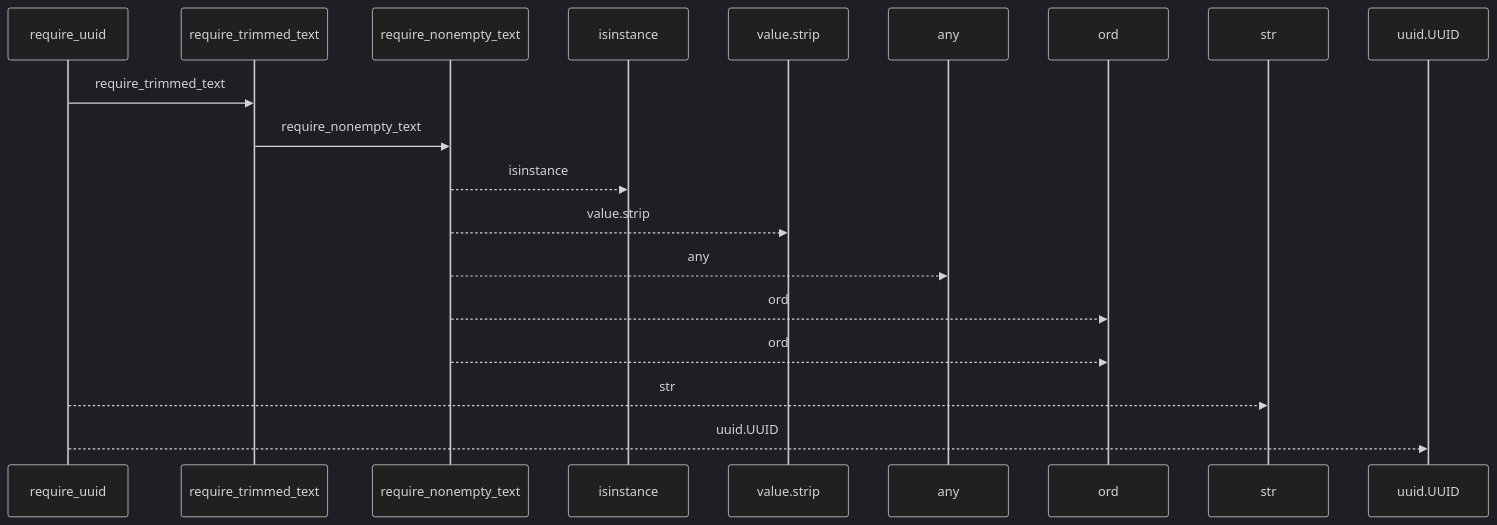
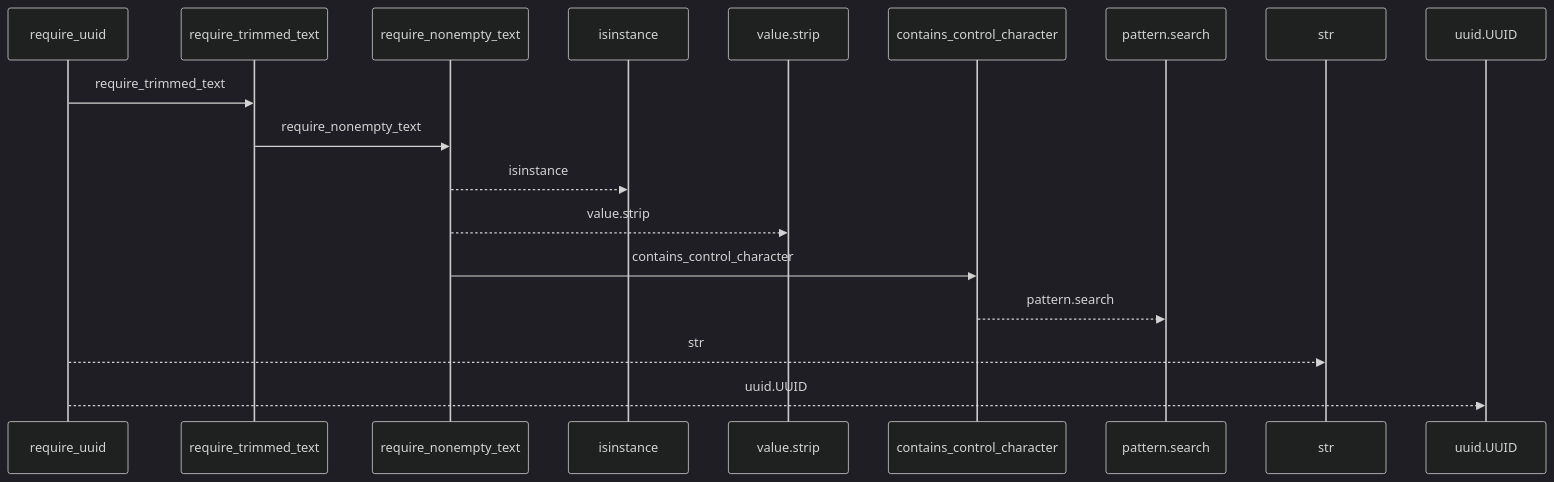
The first of 2 diagrams in docs/llm_wiki/flows/api-require_uuid.md (Denissvgn/python-wiki-llm), drawn with Mermaid (dark theme) before and after one commit. The commit also changed other lines of this file and 865 other files, not shown here.

````diff
--- a/docs/llm_wiki/flows/api-require_uuid.md
+++ b/docs/llm_wiki/flows/api-require_uuid.md
@@ -10,21 +10,20 @@
 ```mermaid
 sequenceDiagram
     participant p0 as require_uuid
     participant p1 as require_trimmed_text
     participant p2 as require_nonempty_text
     participant p3 as isinstance
     participant p4 as value.strip
-    participant p5 as any
-    participant p6 as ord
+    participant p5 as contains_control_character
+    participant p6 as pattern.search
     participant p7 as str
     participant p8 as uuid.UUID
     p0->>p1: require_trimmed_text
     p1->>p2: require_nonempty_text
     p2-->>p3: isinstance
     p2-->>p4: value.strip
-    p2-->>p5: any
-    p2-->>p6: ord
-    p2-->>p6: ord
+    p2->>p5: contains_control_character
+    p5-->>p6: pattern.search
     p0-->>p7: str
     p0-->>p8: uuid.UUID
 ```
````
